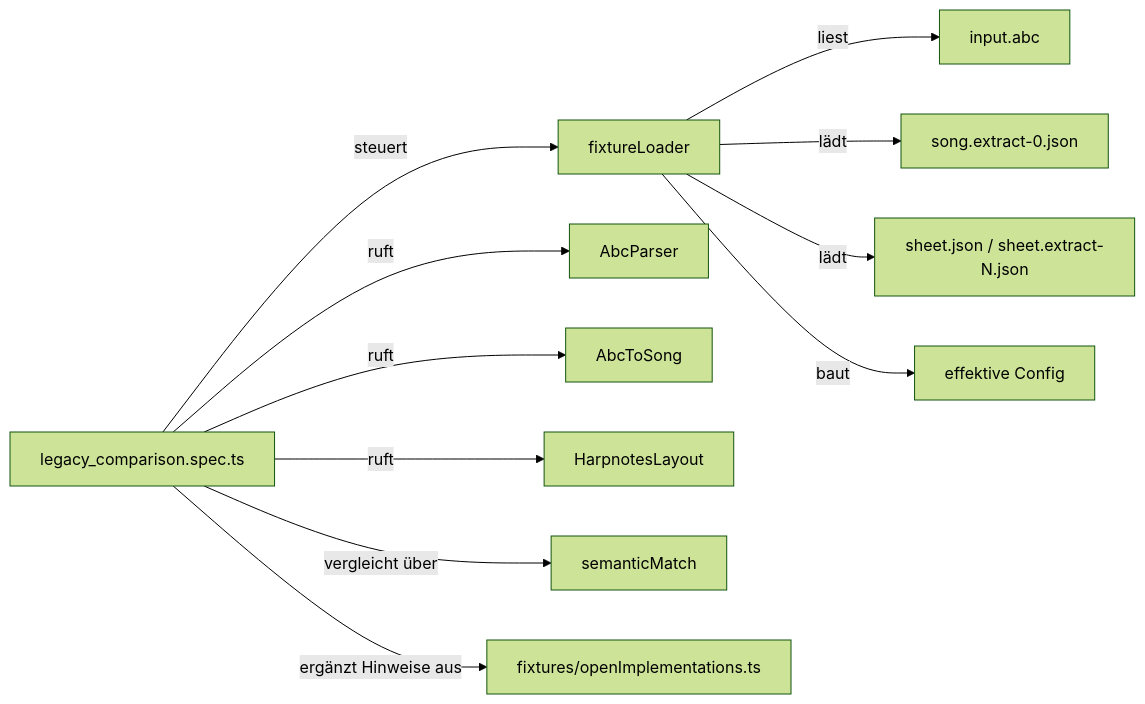
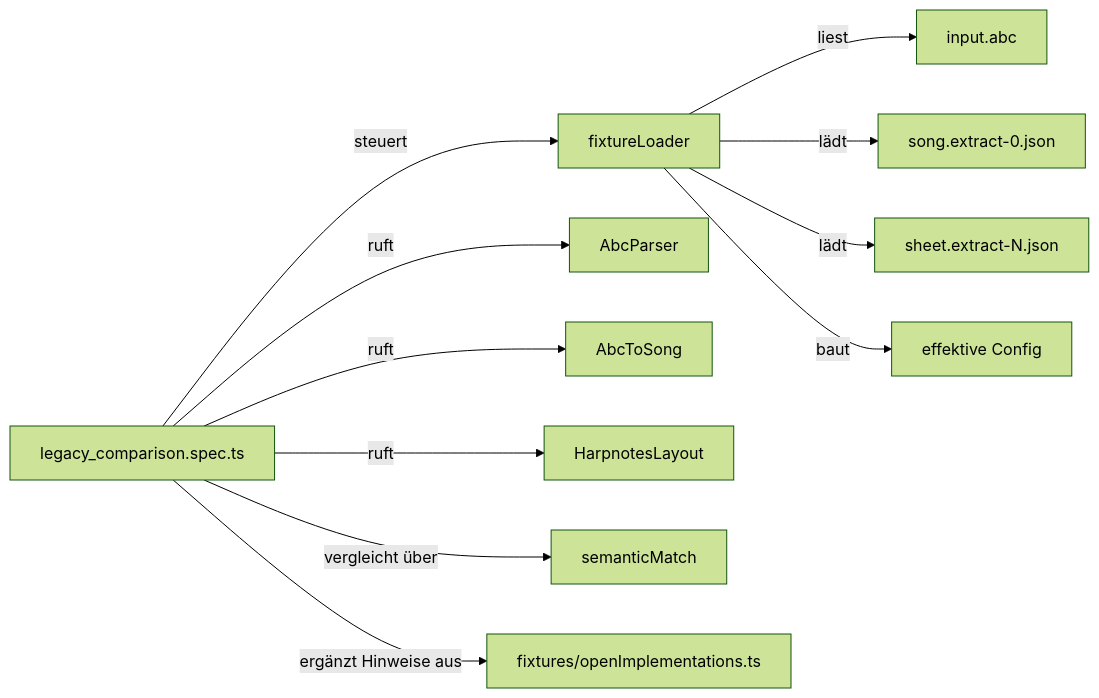
Before and after one commit to bwl21/zupfnoter-ts: the fourth of 4 diagrams in docs/testing/fixture-driven-testing.md, drawn with Mermaid (forest theme). The commit also changed other lines of this file and 43 other files, not shown here.

````diff
--- a/docs/testing/fixture-driven-testing.md
+++ b/docs/testing/fixture-driven-testing.md
@@ -151,13 +148,13 @@
 ```mermaid
 flowchart LR
   A[fixtureLoader] -->|liest| B[input.abc]
   A -->|lädt| C[song.extract-0.json]
-  A -->|lädt| D[sheet.json / sheet.extract-N.json]
+  A -->|lädt| D[sheet.extract-N.json]
   A -->|baut| E[effektive Config]
   F[legacy_comparison.spec.ts] -->|steuert| A
   F -->|ruft| G[AbcParser]
   F -->|ruft| H[AbcToSong]
   F -->|ruft| I[HarpnotesLayout]
   F -->|vergleicht über| J[semanticMatch]
   F -->|ergänzt Hinweise aus| K[fixtures/openImplementations.ts]
 ```
````
